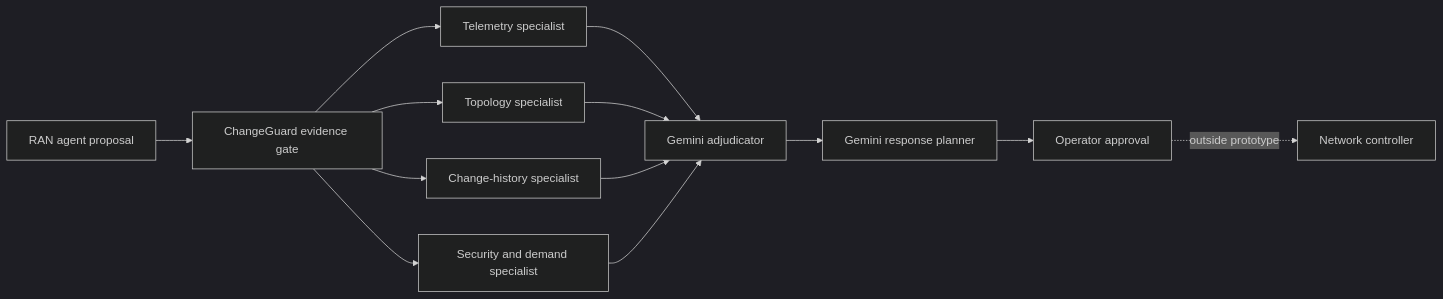
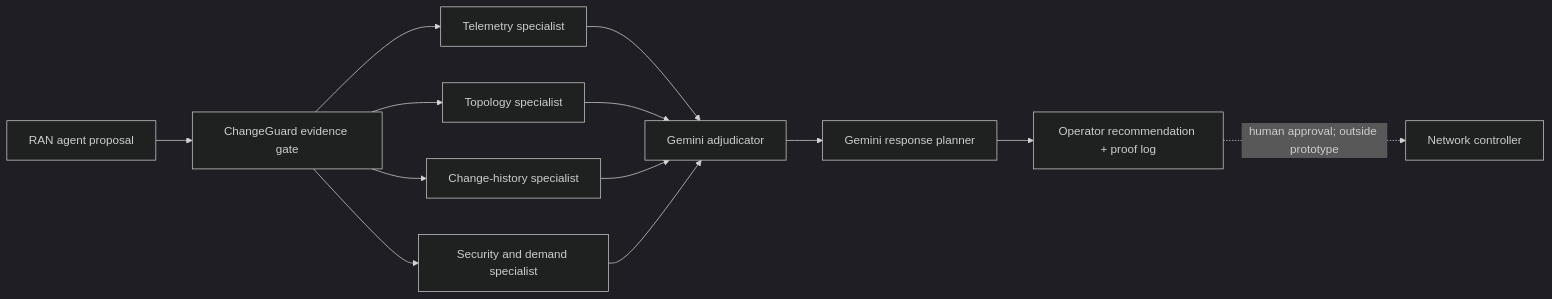
Before and after one commit to JadeBear-09/codetrust-agent: the diagram in README.md, drawn with Mermaid (dark theme). The commit also changed other lines of this file and 102 other files, not shown here.

````diff
--- a/README.md
+++ b/README.md
@@ -26,15 +16,15 @@
 ```mermaid
 flowchart LR
-    R["RAN agent proposal"] --> G["ChangeGuard evidence gate"]
-    G --> T["Telemetry specialist"]
-    G --> O["Topology specialist"]
-    G --> C["Change-history specialist"]
-    G --> S["Security and demand specialist"]
-    T --> A["Gemini adjudicator"]
-    O --> A
-    C --> A
-    S --> A
-    A --> P["Gemini response planner"]
-    P --> H["Operator approval"]
-    H -. "outside prototype" .-> N["Network controller"]
+  R["RAN agent proposal"] --> G["ChangeGuard evidence gate"]
+  G --> T["Telemetry specialist"]
+  G --> O["Topology specialist"]
+  G --> C["Change-history specialist"]
+  G --> S["Security and demand specialist"]
+  T --> A["Gemini adjudicator"]
+  O --> A
+  C --> A
+  S --> A
+  A --> P["Gemini response planner"]
+  P --> U["Operator recommendation + proof log"]
+  U -. "human approval; outside prototype" .-> N["Network controller"]
 ```
````
